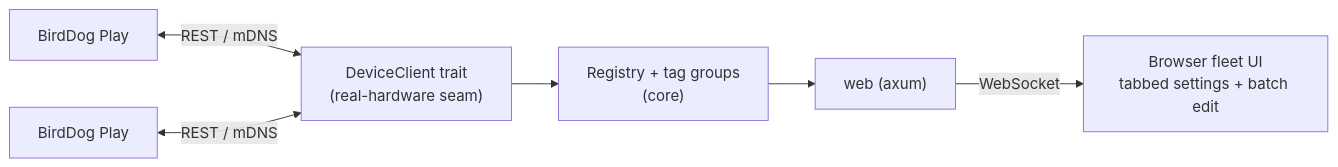
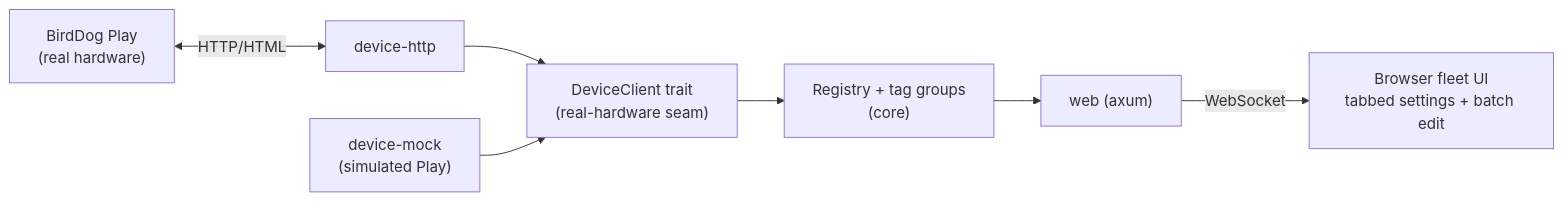
One commit to stoatworks-labs/flock changed the diagram in README.md. Above: the diagram before and after it, drawn with Mermaid. The commit also changed other lines of this file and 25 other files, not shown here.

First line of the commit message:
Validate against real BirdDog PLAY hardware

````diff
--- a/README.md
+++ b/README.md
@@ -121,8 +130,10 @@
 ```mermaid
 flowchart LR
-    P1["BirdDog Play"] <-- REST / mDNS --> DC
-    P2["BirdDog Play"] <-- REST / mDNS --> DC
-    DC["DeviceClient trait<br/>(real-hardware seam)"] --> REG["Registry + tag groups<br/>(core)"]
+    P1["BirdDog Play<br/>(real hardware)"] <-- HTTP/HTML --> DCH["device-http"]
+    P2["device-mock<br/>(simulated Play)"]
+    DCH --> DC["DeviceClient trait<br/>(real-hardware seam)"]
+    P2 --> DC
+    DC --> REG["Registry + tag groups<br/>(core)"]
     REG --> WEB["web (axum)"]
     WEB -- WebSocket --> UI["Browser fleet UI<br/>tabbed settings + batch edit"]
 ```
````
